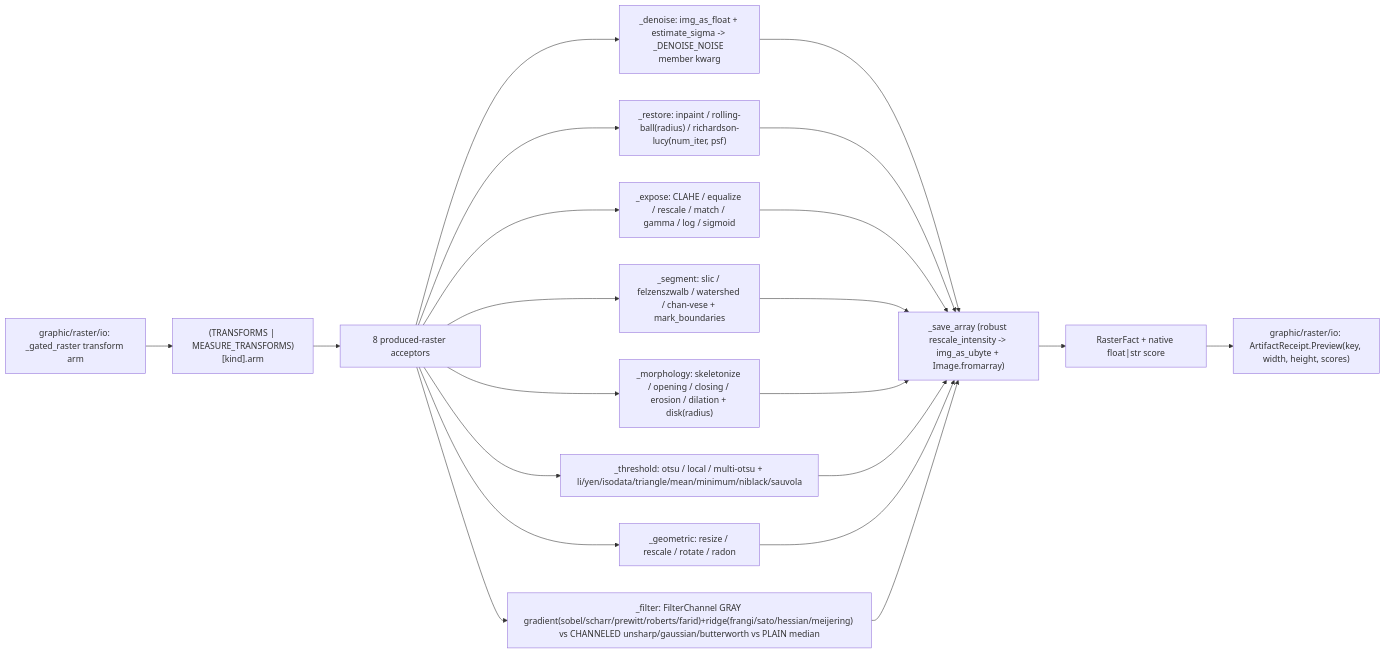
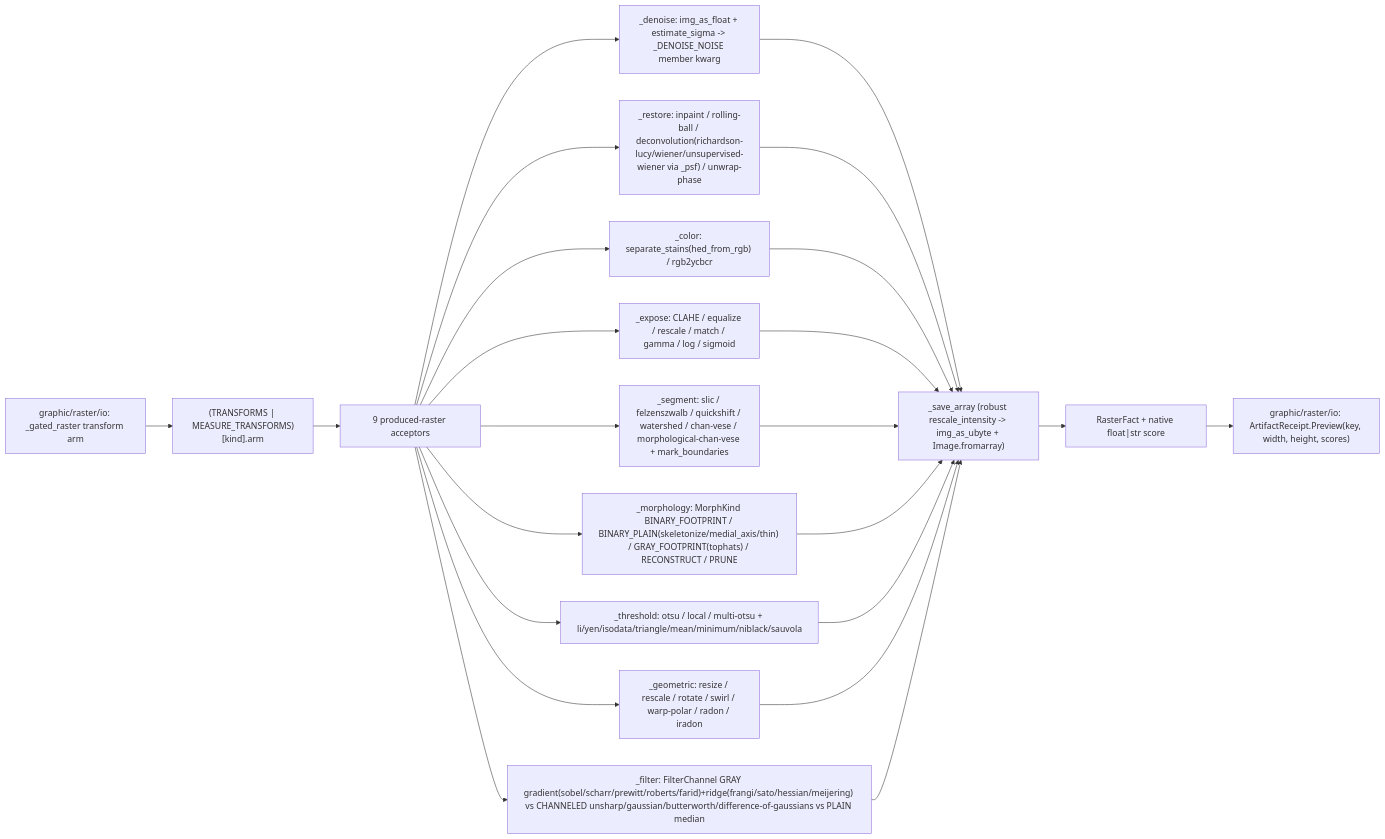
The diagram in libs/python/artifacts/.planning/graphic/raster/process.md (bsamiee/Rasm), drawn with Mermaid before and after one commit. The commit also changed other lines of this file and 108 other files, not shown here.

````diff
--- a/libs/python/artifacts/.planning/graphic/raster/process.md
+++ b/libs/python/artifacts/.planning/graphic/raster/process.md
@@ -252,23 +320,25 @@
 ```mermaid
 flowchart LR
     Tx["graphic/raster/io: _gated_raster transform arm"] --> Table["(TRANSFORMS | MEASURE_TRANSFORMS)[kind].arm"]
-    Table --> Acc["8 produced-raster acceptors"]
+    Table --> Acc["9 produced-raster acceptors"]
     Acc --> Den["_denoise: img_as_float + estimate_sigma -> _DENOISE_NOISE member kwarg"]
-    Acc --> Res["_restore: inpaint / rolling-ball(radius) / richardson-lucy(num_iter, psf)"]
+    Acc --> Res["_restore: inpaint / rolling-ball / deconvolution(richardson-lucy/wiener/unsupervised-wiener via _psf) / unwrap-phase"]
+    Acc --> Col["_color: separate_stains(hed_from_rgb) / rgb2ycbcr"]
     Acc --> Exp["_expose: CLAHE / equalize / rescale / match / gamma / log / sigmoid"]
-    Acc --> Seg["_segment: slic / felzenszwalb / watershed / chan-vese + mark_boundaries"]
-    Acc --> Mor["_morphology: skeletonize / opening / closing / erosion / dilation + disk(radius)"]
+    Acc --> Seg["_segment: slic / felzenszwalb / quickshift / watershed / chan-vese / morphological-chan-vese + mark_boundaries"]
+    Acc --> Mor["_morphology: MorphKind BINARY_FOOTPRINT / BINARY_PLAIN(skeletonize/medial_axis/thin) / GRAY_FOOTPRINT(tophats) / RECONSTRUCT / PRUNE"]
     Acc --> Thr["_threshold: otsu / local / multi-otsu + li/yen/isodata/triangle/mean/minimum/niblack/sauvola"]
-    Acc --> Geo["_geometric: resize / rescale / rotate / radon"]
-    Acc --> Fil["_filter: FilterChannel GRAY gradient(sobel/scharr/prewitt/roberts/farid)+ridge(frangi/sato/hessian/meijering) vs CHANNELED unsharp/gaussian/butterworth vs PLAIN median"]
+    Acc --> Geo["_geometric: resize / rescale / rotate / swirl / warp-polar / radon / iradon"]
+    Acc --> Fil["_filter: FilterChannel GRAY gradient(sobel/scharr/prewitt/roberts/farid)+ridge(frangi/sato/hessian/meijering) vs CHANNELED unsharp/gaussian/butterworth/difference-of-gaussians vs PLAIN median"]
     Den --> Save["_save_array (robust rescale_intensity -> img_as_ubyte + Image.fromarray)"]
     Res --> Save
+    Col --> Save
     Exp --> Save
     Seg --> Save
     Mor --> Save
     Thr --> Save
     Geo --> Save
     Fil --> Save
     Save --> Fact["RasterFact + native float|str score"]
     Fact --> Receipt["graphic/raster/io: ArtifactReceipt.Preview(key, width, height, scores)"]
 ```
````
